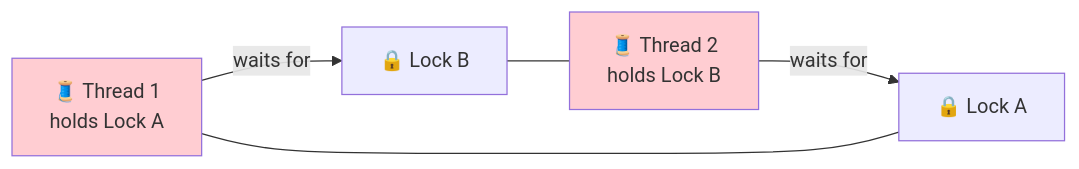
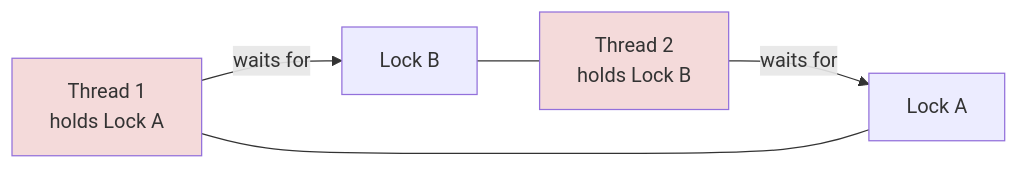
One commit to kundankumarsharma56/Leaning-Java changed the second of 2 diagrams in src/Theory/09-Multi-Threading/04-Synchronization.md. Above: the diagram before and after it, drawn with Mermaid. The commit also changed other lines of this file and 84 other files, not shown here.

````diff
--- a/src/Theory/09-Multi-Threading/04-Synchronization.md
+++ b/src/Theory/09-Multi-Threading/04-Synchronization.md
@@ -62,9 +62,9 @@
 ```mermaid
 flowchart LR
-    T1["🧵 Thread 1<br/>holds Lock A"] -->|waits for| LB["🔒 Lock B"]
-    T2["🧵 Thread 2<br/>holds Lock B"] -->|waits for| LA["🔒 Lock A"]
+    T1["Thread 1<br/>holds Lock A"] -->|waits for| LB["Lock B"]
+    T2["Thread 2<br/>holds Lock B"] -->|waits for| LA["Lock A"]
     LB --- T2
     LA --- T1
-    style T1 fill:#ffcdd2
-    style T2 fill:#ffcdd2
+    style T1 fill:#f4dada
+    style T2 fill:#f4dada
 ```
````
